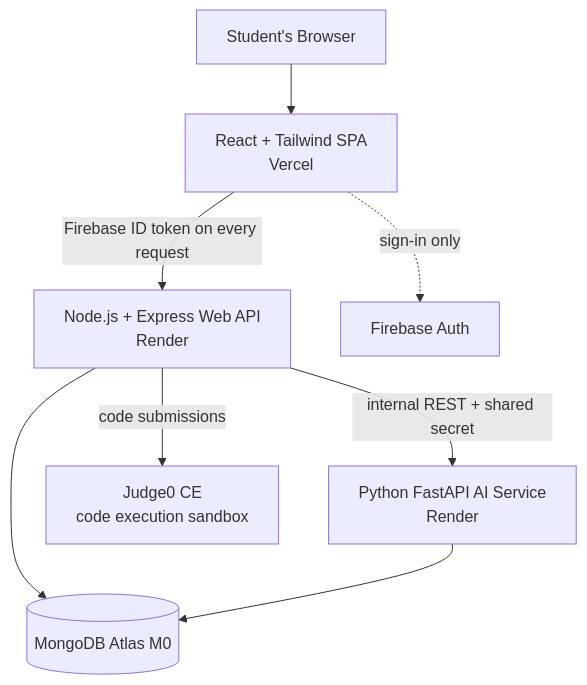
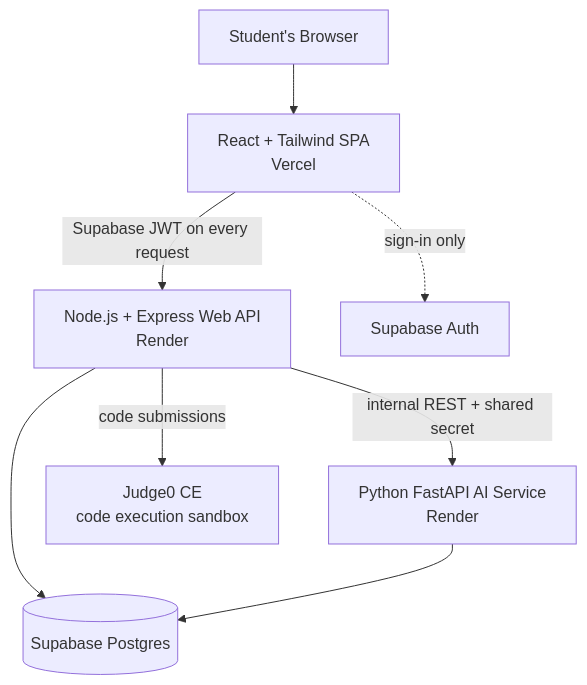
One commit to NandanDev016/SKILLQUEST-DEV changed the diagram in docs/02-TRD.md. Above: the diagram before and after it, drawn with Mermaid. The commit also changed other lines of this file and 3 other files, not shown here.

First line of the commit message:
Switch database and auth to Supabase

````diff
--- a/docs/02-TRD.md
+++ b/docs/02-TRD.md
@@ -13,10 +13,10 @@
 ```mermaid
 flowchart TD
     U[Student's Browser] --> FE[React + Tailwind SPA\nVercel]
-    FE -- "Firebase ID token on every request" --> API[Node.js + Express Web API\nRender]
-    API --> DB[(MongoDB Atlas M0)]
+    FE -- "Supabase JWT on every request" --> API[Node.js + Express Web API\nRender]
+    API --> DB[(Supabase Postgres)]
     API -- "internal REST + shared secret" --> AI[Python FastAPI AI Service\nRender]
     AI --> DB
     API -- "code submissions" --> J0[Judge0 CE\ncode execution sandbox]
-    FE -. "sign-in only" .-> FB[Firebase Auth]
+    FE -. "sign-in only" .-> SB[Supabase Auth]
 ```
````
